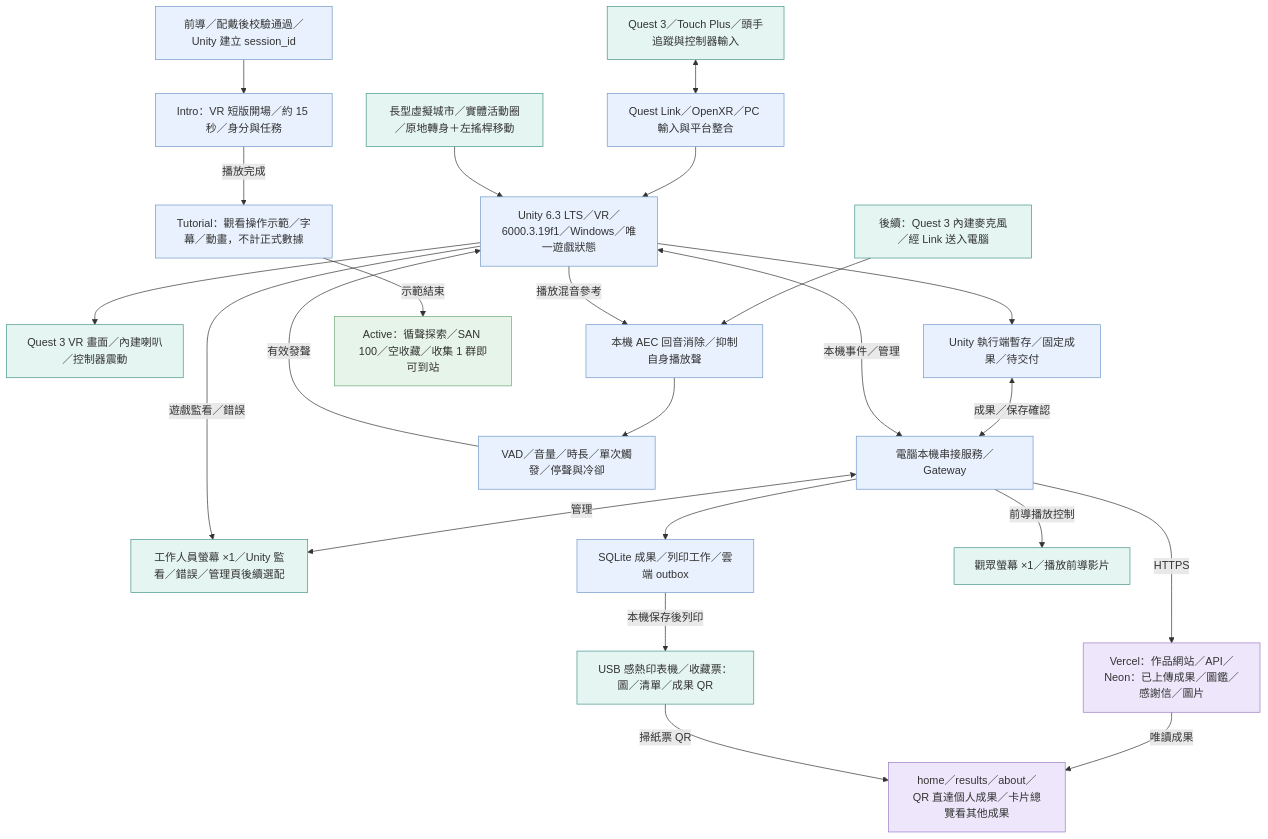
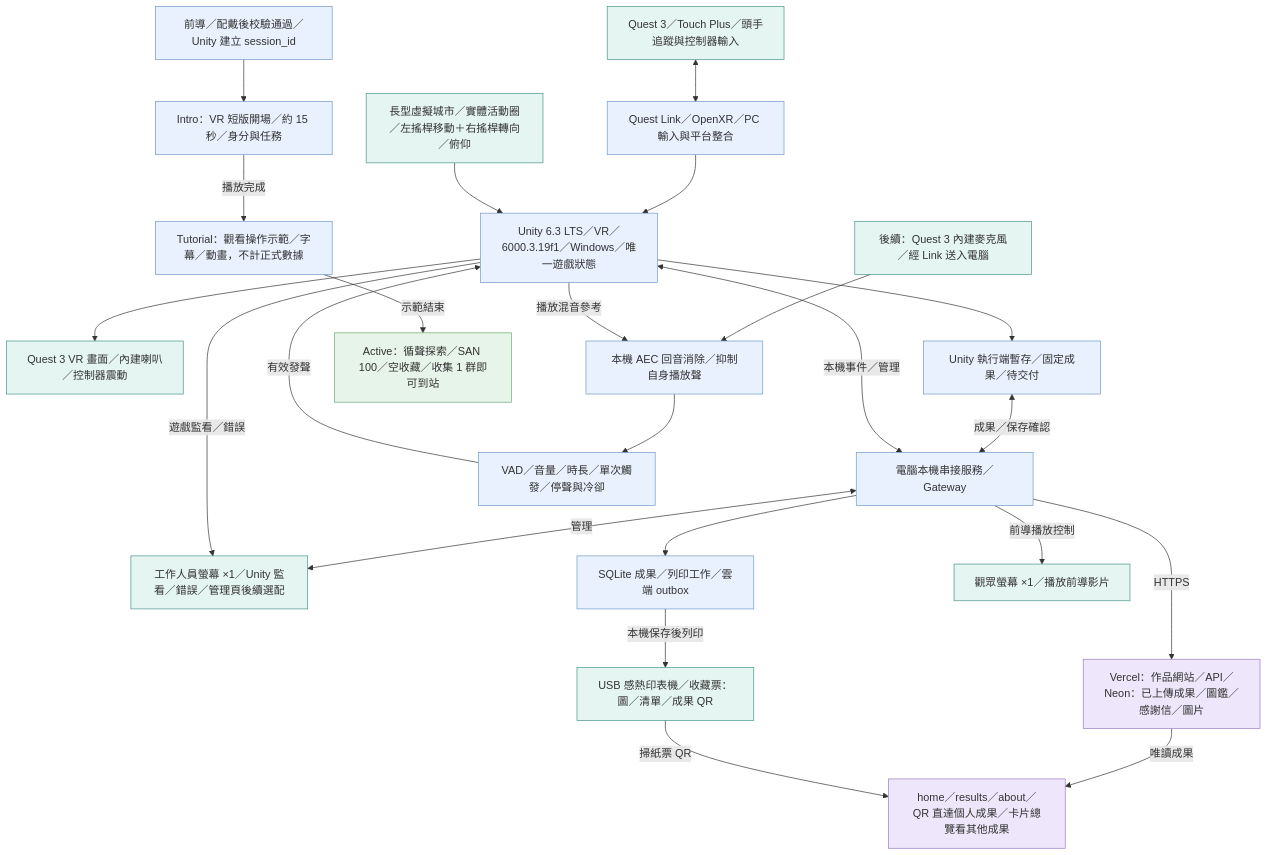
The diagram in docs/docs_vr/assets/技術流程圖/01.mmd (fengyenchia/dctProject), drawn with Mermaid before and after one commit. The commit also changed 13 other files, not shown here.

```diff
--- a/docs/docs_vr/assets/技術流程圖/01.mmd
+++ b/docs/docs_vr/assets/技術流程圖/01.mmd
@@ -1,63 +1,63 @@
 flowchart TD
   quest["Quest 3／Touch Plus／頭手追蹤與控制器輸入"]
   xr["Quest Link／OpenXR／PC 輸入與平台整合"]
-  room["長型虛擬城市／實體活動圈／原地轉身＋左搖桿移動"]
+  room["長型虛擬城市／實體活動圈／左搖桿移動＋右搖桿轉向／俯仰"]
   mic["後續：Quest 3 內建麥克風／經 Link 送入電腦"]
   unity["Unity 6.3 LTS／VR／6000.3.19f1／Windows／唯一遊戲狀態"]
   output["Quest 3 VR 畫面／內建喇叭／控制器震動"]
   localPending["Unity 執行端暫存／固定成果／待交付"]
   gateway["電腦本機串接服務／Gateway"]
   admin["工作人員螢幕 ×1／Unity 監看／錯誤／管理頁後續選配"]
   sqlite["SQLite 成果／列印工作／雲端 outbox"]
   cloud["Vercel：作品網站／API／Neon：已上傳成果／圖鑑／感謝信／圖片"]
   phone["home／results／about／QR 直達個人成果／卡片總覽看其他成果"]
   aec["本機 AEC 回音消除／抑制自身播放聲"]
   voiceGate["VAD／音量／時長／單次觸發／停聲與冷卻"]
   ticketPrinter["USB 感熱印表機／收藏票：圖／清單／成果 QR"]
   visitorDisplay["觀眾螢幕 ×1／播放前導影片"]
   sessionEntry["前導／配戴後校驗通過／Unity 建立 session_id"]
   vrIntro["Intro：VR 短版開場／約 15 秒／身分與任務"]
   vrTutorial["Tutorial：觀看操作示範／字幕／動畫，不計正式數據"]
   exploreActive["Active：循聲探索／SAN 100／空收藏／收集 1 群即可到站"]
   quest <--> xr
   xr --> unity
   room --> unity
   unity --> output
   unity --> localPending
   localPending <-->|"成果／保存確認"| gateway
   unity <-->|"本機事件／管理"| gateway
   gateway <-->|"管理"| admin
   gateway --> sqlite
   gateway -->|"HTTPS"| cloud
   cloud -->|"唯讀成果"| phone
   mic --> aec
   aec --> voiceGate
   unity -->|"播放混音參考"| aec
   voiceGate -->|"有效發聲"| unity
   sqlite -->|"本機保存後列印"| ticketPrinter
   gateway -->|"前導播放控制"| visitorDisplay
   unity -->|"遊戲監看／錯誤"| admin
   sessionEntry --> vrIntro
   vrIntro -->|"播放完成"| vrTutorial
   vrTutorial -->|"示範結束"| exploreActive
   ticketPrinter -->|"掃紙票 QR"| phone
   style quest fill:#e5f5f1,stroke:#459489
   style xr fill:#e8f1fd,stroke:#7099c9
   style room fill:#e5f5f1,stroke:#459489
   style mic fill:#e5f5f1,stroke:#459489
   style unity fill:#e8f1fd,stroke:#7099c9
   style output fill:#e5f5f1,stroke:#459489
   style localPending fill:#e8f1fd,stroke:#7099c9
   style gateway fill:#e8f1fd,stroke:#7099c9
   style admin fill:#e5f5f1,stroke:#459489
   style sqlite fill:#e8f1fd,stroke:#7099c9
   style cloud fill:#eee7fb,stroke:#9a7ac7
   style phone fill:#eee7fb,stroke:#9a7ac7
   style aec fill:#e8f1fd,stroke:#7099c9
   style voiceGate fill:#e8f1fd,stroke:#7099c9
   style ticketPrinter fill:#e5f5f1,stroke:#459489
   style visitorDisplay fill:#e5f5f1,stroke:#459489
   style sessionEntry fill:#e8f1fd,stroke:#7099c9
   style vrIntro fill:#e8f1fd,stroke:#7099c9
   style vrTutorial fill:#e8f1fd,stroke:#7099c9
   style exploreActive fill:#e7f4e9,stroke:#69a977
```
